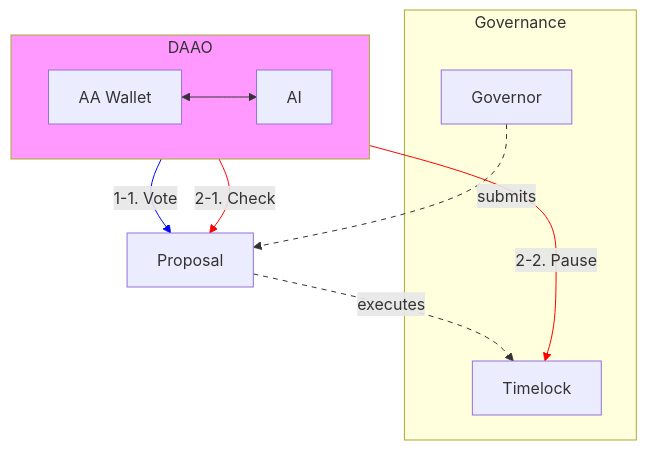
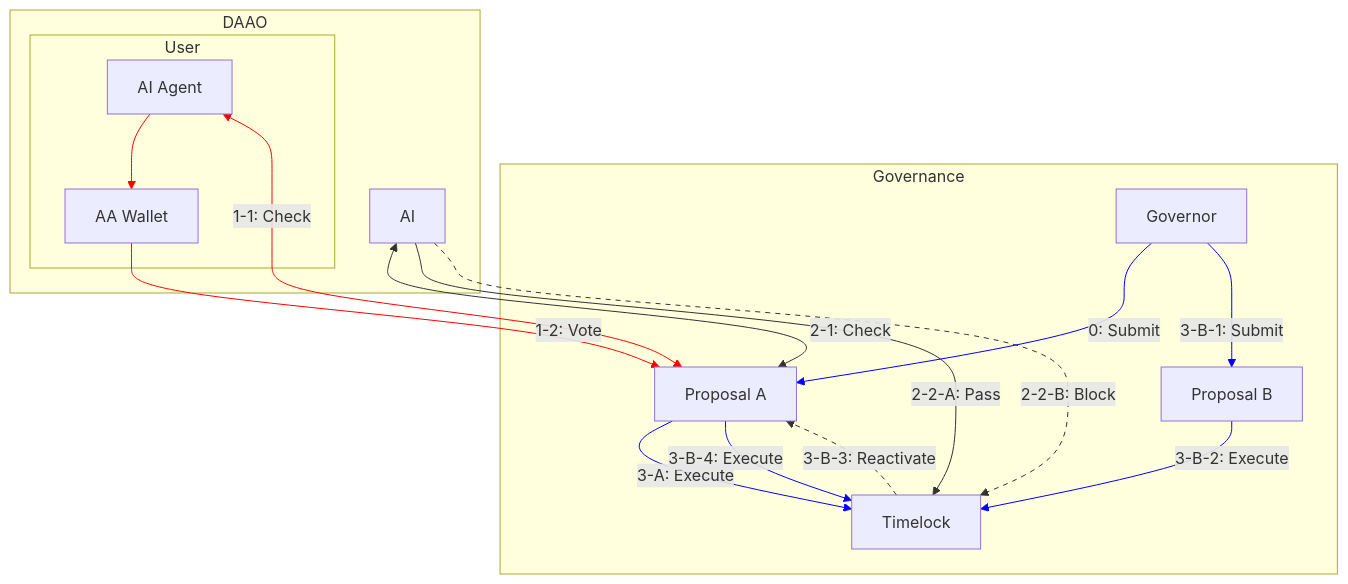
Before and after one commit to CP-DAAO/.github: the diagram in profile/README.md, drawn with Mermaid.

````diff
--- a/profile/README.md
+++ b/profile/README.md
@@ -10,29 +10,50 @@
 ```mermaid
 graph TD
-    style DAAO fill:#f9f
-
-    subgraph DAAO
-        D[AA Wallet] <--> H[AI]
-    end
-
     subgraph Governance
         B[Governor]
         C[Timelock]
+        A[Proposal A]
+        E[Proposal B]
     end
 
-    A[Proposal]
+    D[AA Wallet]
+    H[AI Agent]
+    I[AI]
 
-    DAAO -->|1-1. Vote| A
+    subgraph DAAO
+        I
+        H    
+        subgraph User
+            H
+            D
+        end
+    end
 
-    DAAO -->|2-1. Check| A
-    DAAO -->|2-2. Pause| C
+    H --> D
 
-    B -->|submits| A
-    A -->|executes| C
+    H <-->|1-1: Check| A
+    D -->|1-2: Vote| A
 
-    linkStyle 1 stroke:#00f
+    I <-->|2-1: Check| A
+    I -->|2-2-A: Pass| C
+    I -->|2-2-B: Block| C
+
+    B -->|0: Submit| A
+    A -->|3-A: Execute| C
+
+    B --> |3-B-1: Submit| E
+    E --> |3-B-2: Execute| C
+    C --> |3-B-3: Reactivate| A
+    A -->|3-B-4: Execute| C
+
+    linkStyle 0 stroke:#f00
+    linkStyle 1 stroke:#f00
     linkStyle 2 stroke:#f00
-    linkStyle 3 stroke:#f00
-    linkStyle 4 stroke-dasharray: 5,5;
     linkStyle 5 stroke-dasharray: 5,5;
+    linkStyle 6 stroke:#00f
+    linkStyle 7 stroke:#00f
+    linkStyle 8 stroke:#00f
+    linkStyle 9 stroke:#00f
+    linkStyle 10 stroke-dasharray: 5,5;
+    linkStyle 11 stroke:#00f
 ```
````
